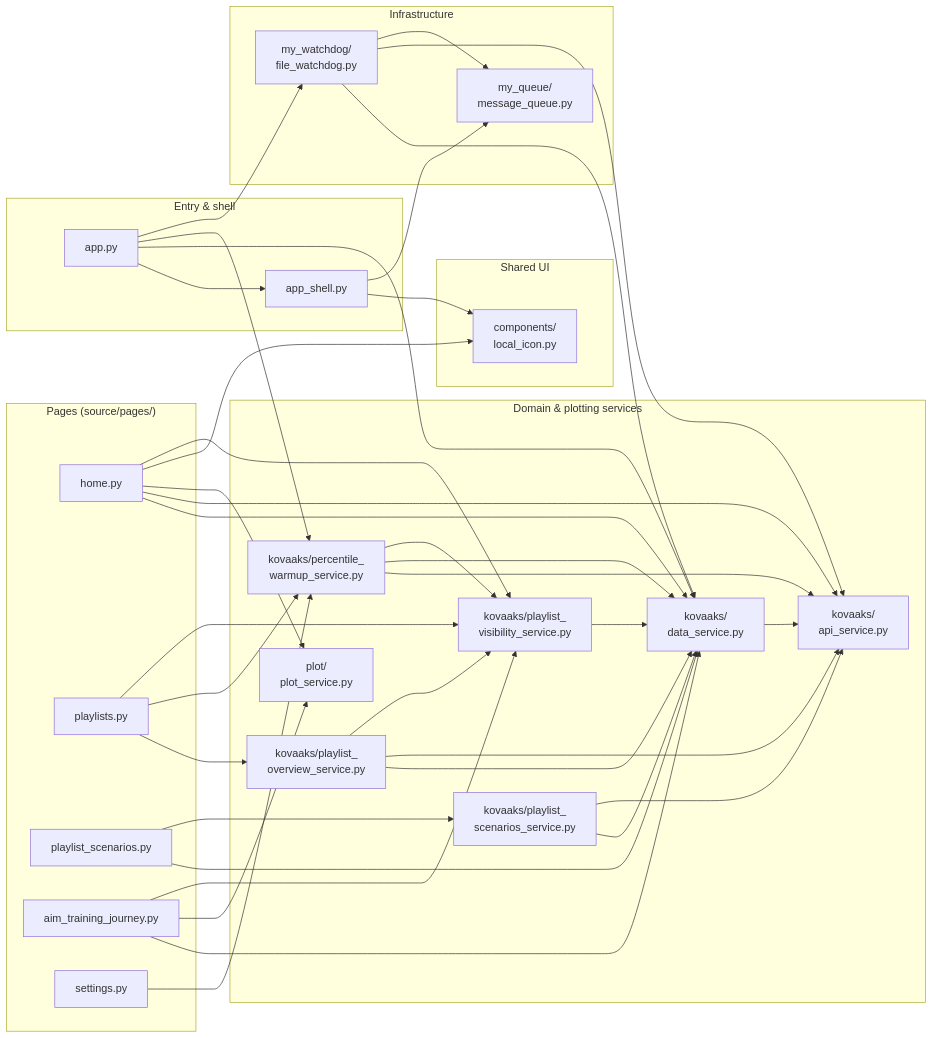
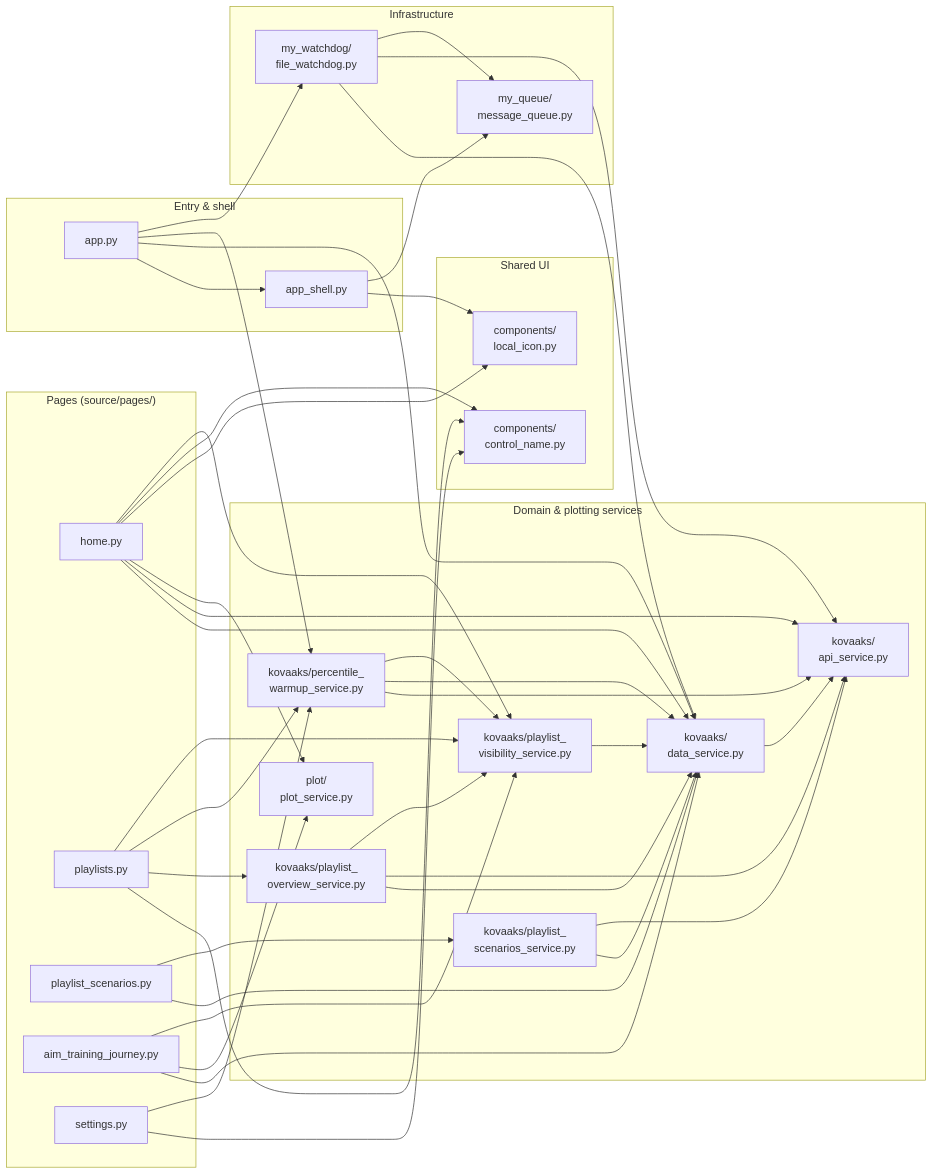
Before and after one commit to MingoDynasty/Corporate-Serf-Dashboard: the third of 3 diagrams in docs/architecture.md, drawn with Mermaid. The commit also changed other lines of this file and 11 other files, not shown here.

````diff
--- a/docs/architecture.md
+++ b/docs/architecture.md
@@ -207,72 +209,76 @@
 ```mermaid
 flowchart LR
     subgraph Entry["Entry & shell"]
         App["app.py"]
         Shell["app_shell.py"]
     end
 
     subgraph Pages["Pages (source/pages/)"]
         Home["home.py"]
         Playlists["playlists.py"]
         PlaylistScenarios["playlist_scenarios.py"]
         Journey["aim_training_journey.py"]
         SettingsPage["settings.py"]
     end
 
     subgraph SharedUI["Shared UI"]
         LocalIcon["components/<br/>local_icon.py"]
+        ControlName["components/<br/>control_name.py"]
     end
 
     subgraph Services["Domain & plotting services"]
         DataService["kovaaks/<br/>data_service.py"]
         ApiService["kovaaks/<br/>api_service.py"]
         WarmupService["kovaaks/percentile_<br/>warmup_service.py"]
         PlaylistService["kovaaks/playlist_<br/>scenarios_service.py"]
         OverviewService["kovaaks/playlist_<br/>overview_service.py"]
         Visibility["kovaaks/playlist_<br/>visibility_service.py"]
         PlotService["plot/<br/>plot_service.py"]
     end
 
     subgraph Infra["Infrastructure"]
         FileWatchdog["my_watchdog/<br/>file_watchdog.py"]
         Queue["my_queue/<br/>message_queue.py"]
     end
 
     App --> Shell
     App --> DataService
     App --> WarmupService
     App --> FileWatchdog
 
     Shell --> LocalIcon
     Shell --> Queue
     Home --> DataService
     Home --> ApiService
     Home --> PlotService
     Home --> LocalIcon
+    Home --> ControlName
+    Playlists --> ControlName
+    SettingsPage --> ControlName
     Playlists --> OverviewService
     Playlists --> WarmupService
     WarmupService --> ApiService
     WarmupService --> DataService
     WarmupService --> Visibility
     PlaylistScenarios --> DataService
     PlaylistScenarios --> PlaylistService
     Journey --> DataService
     Journey --> PlotService
     SettingsPage --> WarmupService
 
     Home --> Visibility
     Journey --> Visibility
     Playlists --> Visibility
 
     PlaylistService --> DataService
     PlaylistService --> ApiService
     OverviewService --> DataService
     OverviewService --> ApiService
     OverviewService --> Visibility
     Visibility --> DataService
     DataService --> ApiService
 
     FileWatchdog --> DataService
     FileWatchdog --> ApiService
     FileWatchdog --> Queue
 ```
````
